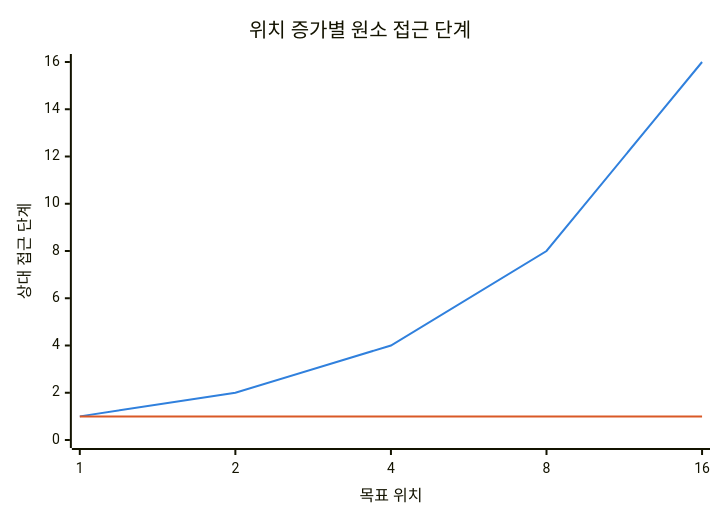
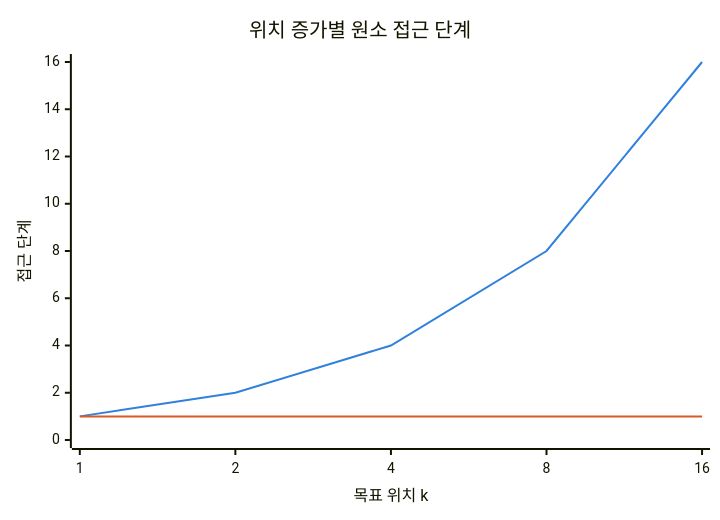
The first of 3 diagrams in src/content/docs/notes/01-basic-theory/006_linked_list.md (agnusdei1207/knowledge-base), drawn with Mermaid before and after one commit. The commit also changed other lines of this file and 5 other files, not shown here.

````diff
--- a/src/content/docs/notes/01-basic-theory/006_linked_list.md
+++ b/src/content/docs/notes/01-basic-theory/006_linked_list.md
@@ -51,9 +51,9 @@
 ```mermaid
 %%{init: {"themeVariables": {"xyChart": {"plotColorPalette": "#3080dd, #d95926"}}} }%%
 xychart-beta
     title "위치 증가별 원소 접근 단계"
-    x-axis "목표 위치" [1, 2, 4, 8, 16]
-    y-axis "상대 접근 단계" 0 --> 16
+    x-axis "목표 위치 k" [1, 2, 4, 8, 16]
+    y-axis "접근 단계" 0 --> 16
     line [1, 2, 4, 8, 16]
     line [1, 1, 1, 1, 1]
 ```
````
